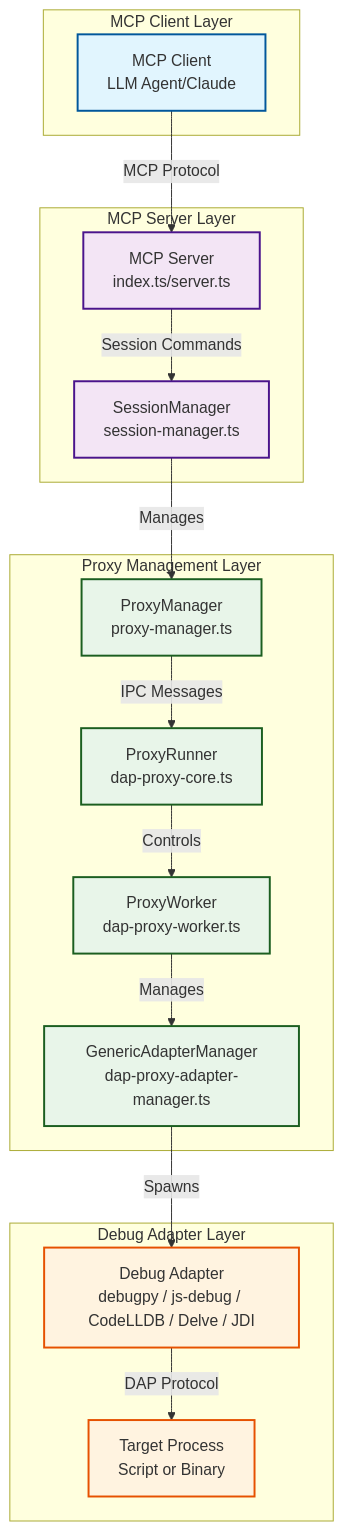
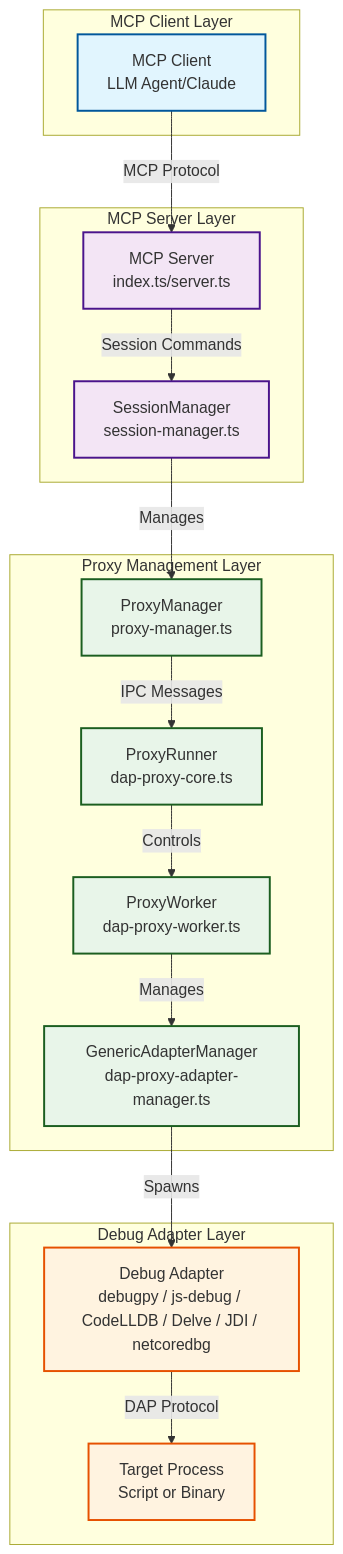
The first of 2 diagrams in docs/architecture/system-overview.md (debugmcp/mcp-debugger), drawn with Mermaid before and after one commit. The commit also changed 142 other files, not shown here.

````diff
--- a/docs/architecture/system-overview.md
+++ b/docs/architecture/system-overview.md
@@ -7,42 +7,42 @@
 ```mermaid
 graph TB
     subgraph "MCP Client Layer"
         MC[MCP Client<br/>LLM Agent/Claude]
     end
 
     subgraph "MCP Server Layer"
         MS[MCP Server<br/>index.ts/server.ts]
         SM[SessionManager<br/>session-manager.ts]
     end
 
     subgraph "Proxy Management Layer"
         PM[ProxyManager<br/>proxy-manager.ts]
         PC[ProxyRunner<br/>dap-proxy-core.ts]
         PW[ProxyWorker<br/>dap-proxy-worker.ts]
         PPM[GenericAdapterManager<br/>dap-proxy-adapter-manager.ts]
     end
 
     subgraph "Debug Adapter Layer"
-        DA[Debug Adapter<br/>debugpy / js-debug / CodeLLDB / Delve / JDI]
+        DA[Debug Adapter<br/>debugpy / js-debug / CodeLLDB / Delve / JDI / netcoredbg]
         TGT[Target Process<br/>Script or Binary]
     end
 
     MC -->|MCP Protocol| MS
     MS -->|Session Commands| SM
     SM -->|Manages| PM
     PM -->|IPC Messages| PC
     PC -->|Controls| PW
     PW -->|Manages| PPM
     PPM -->|Spawns| DA
     DA -->|DAP Protocol| TGT
     
     classDef client fill:#e1f5fe,stroke:#01579b,stroke-width:2px
     classDef server fill:#f3e5f5,stroke:#4a148c,stroke-width:2px
     classDef proxy fill:#e8f5e9,stroke:#1b5e20,stroke-width:2px
     classDef adapter fill:#fff3e0,stroke:#e65100,stroke-width:2px
     
     class MC client
     class MS,SM server
     class PM,PC,PW,PPM proxy
     class DA,TGT adapter
 ```
````
